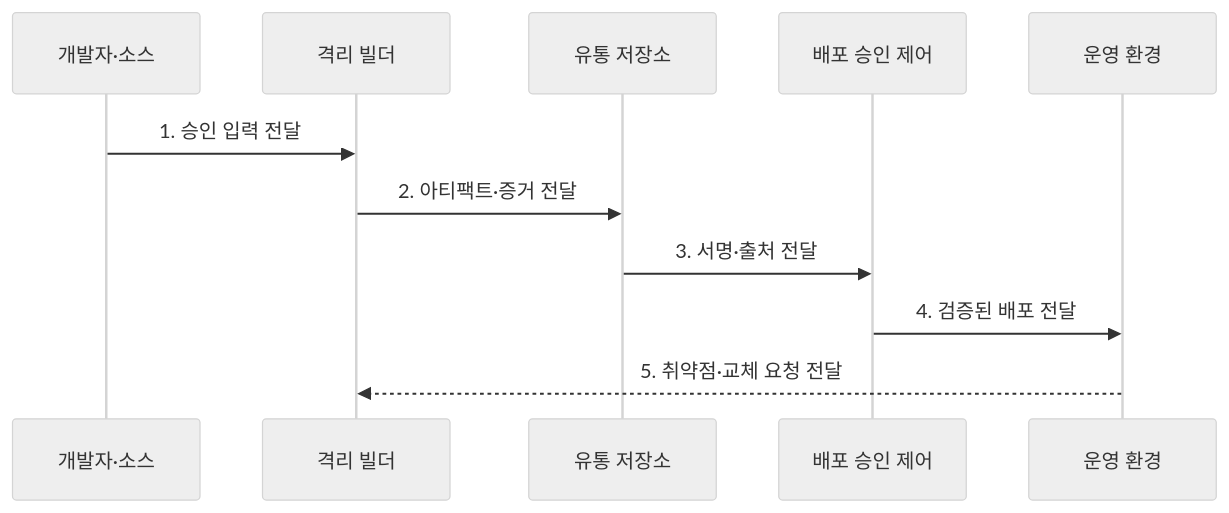
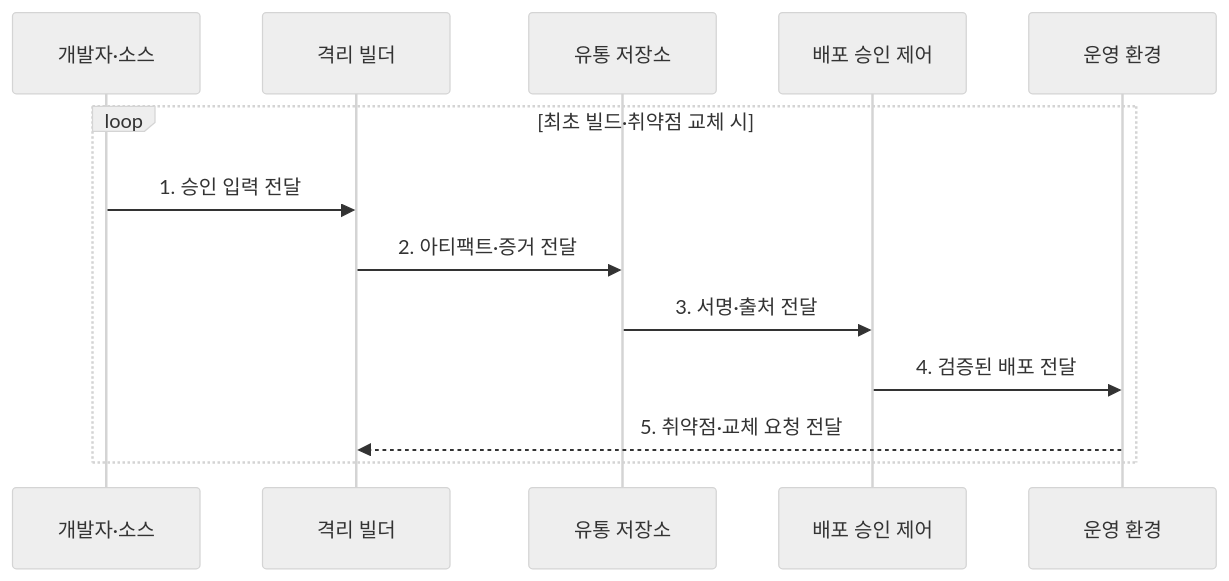
One commit to agnusdei1207/knowledge-base changed the second of 2 diagrams in src/content/docs/notes/08-latest-tech/188_software_supply_chain_security.md. Above: the diagram before and after it, drawn with Mermaid (neutral theme). The commit also changed other lines of this file and 225 other files, not shown here.

````diff
--- a/src/content/docs/notes/08-latest-tech/188_software_supply_chain_security.md
+++ b/src/content/docs/notes/08-latest-tech/188_software_supply_chain_security.md
@@ -75,13 +75,15 @@
 ```mermaid
 sequenceDiagram
     participant D as 개발자·소스
     participant B as 격리 빌더
     participant R as 유통 저장소
     participant A as 배포 승인 제어
     participant O as 운영 환경
-    D->>B: 1. 승인 입력 전달
-    B->>R: 2. 아티팩트·증거 전달
-    R->>A: 3. 서명·출처 전달
-    A->>O: 4. 검증된 배포 전달
-    O-->>B: 5. 취약점·교체 요청 전달
+    loop 최초 빌드·취약점 교체 시
+        D->>B: 1. 승인 입력 전달
+        B->>R: 2. 아티팩트·증거 전달
+        R->>A: 3. 서명·출처 전달
+        A->>O: 4. 검증된 배포 전달
+        O-->>B: 5. 취약점·교체 요청 전달
+    end
 ```
````
